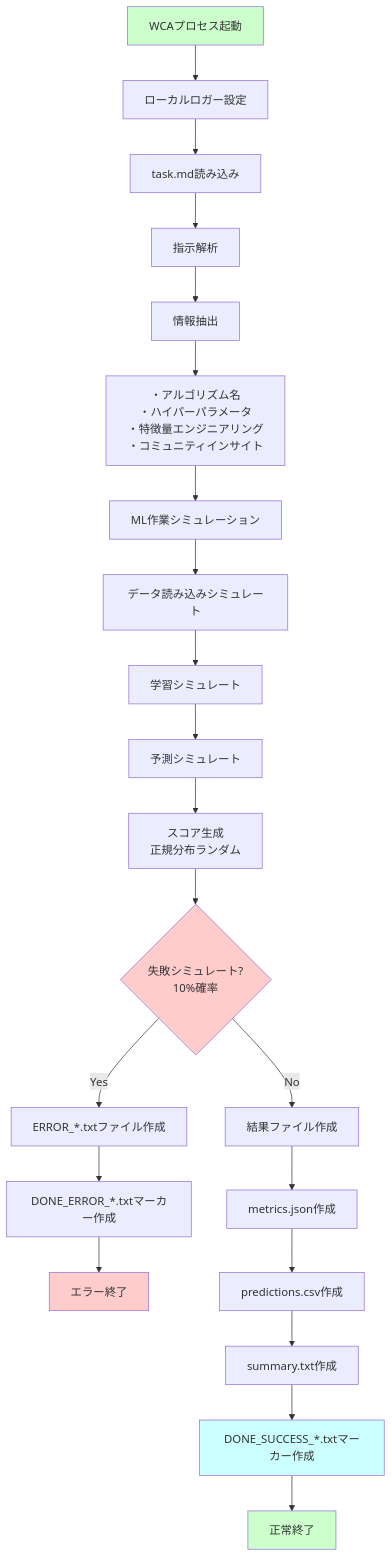
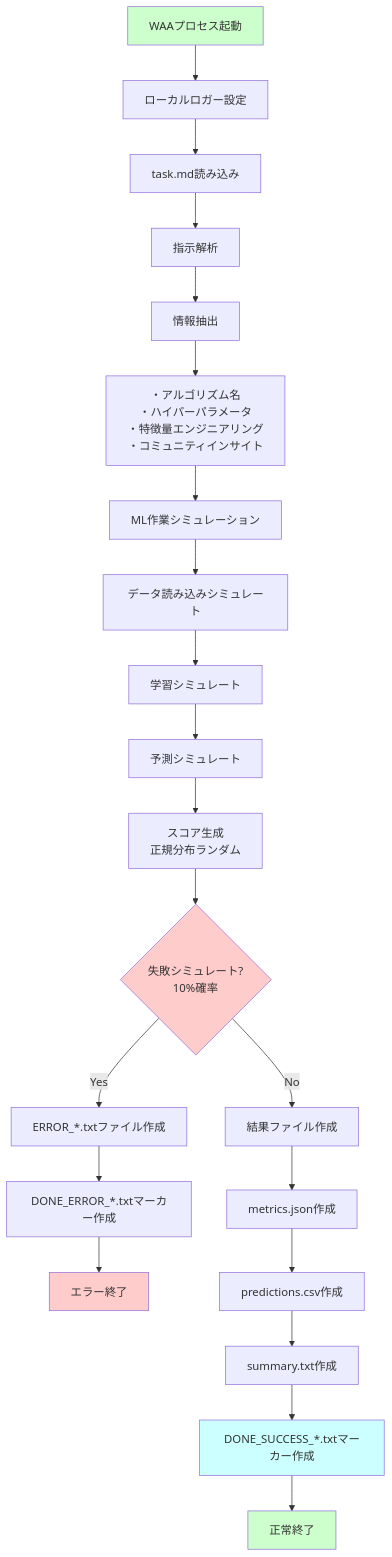
One commit to harutasti/kaggle_automation changed the fifth of 12 diagrams in docs/architecture/WORKFLOW_JAPANESE.md. Above: the diagram before and after it, drawn with Mermaid. The commit also changed other lines of this file and 27 other files, not shown here.

````diff
--- a/docs/architecture/WORKFLOW_JAPANESE.md
+++ b/docs/architecture/WORKFLOW_JAPANESE.md
@@ -248,34 +248,34 @@
 ```mermaid
 graph TD
-    WCAStart[WCAプロセス起動] --> SetupLogger[ローカルロガー設定]
+    WAAStart[WAAプロセス起動] --> SetupLogger[ローカルロガー設定]
     SetupLogger --> ReadTask[task.md読み込み]
     ReadTask --> ParseInstruction[指示解析]
 
     ParseInstruction --> ExtractInfo[情報抽出]
     ExtractInfo --> InfoList[・アルゴリズム名<br/>・ハイパーパラメータ<br/>・特徴量エンジニアリング<br/>・コミュニティインサイト]
 
     InfoList --> SimulateML[ML作業シミュレーション]
     SimulateML --> DataLoad[データ読み込みシミュレート]
     DataLoad --> Training[学習シミュレート]
     Training --> Prediction[予測シミュレート]
 
     Prediction --> GenScore[スコア生成<br/>正規分布ランダム]
     GenScore --> SimFailure{失敗シミュレート?<br/>10%確率}
 
     SimFailure -->|Yes| WriteError[ERROR_*.txtファイル作成]
     WriteError --> WriteErrorDone[DONE_ERROR_*.txtマーカー作成]
     WriteErrorDone --> ExitError[エラー終了]
 
     SimFailure -->|No| WriteResults[結果ファイル作成]
     WriteResults --> WriteMetrics[metrics.json作成]
     WriteMetrics --> WritePredictions[predictions.csv作成]
     WritePredictions --> WriteSummary[summary.txt作成]
     WriteSummary --> WriteSuccess[DONE_SUCCESS_*.txtマーカー作成]
     WriteSuccess --> ExitSuccess[正常終了]
 
-    style WCAStart fill:#ccffcc
+    style WAAStart fill:#ccffcc
     style SimFailure fill:#ffcccc
     style WriteSuccess fill:#ccffff
     style ExitSuccess fill:#ccffcc
     style ExitError fill:#ffcccc
 ```
````
